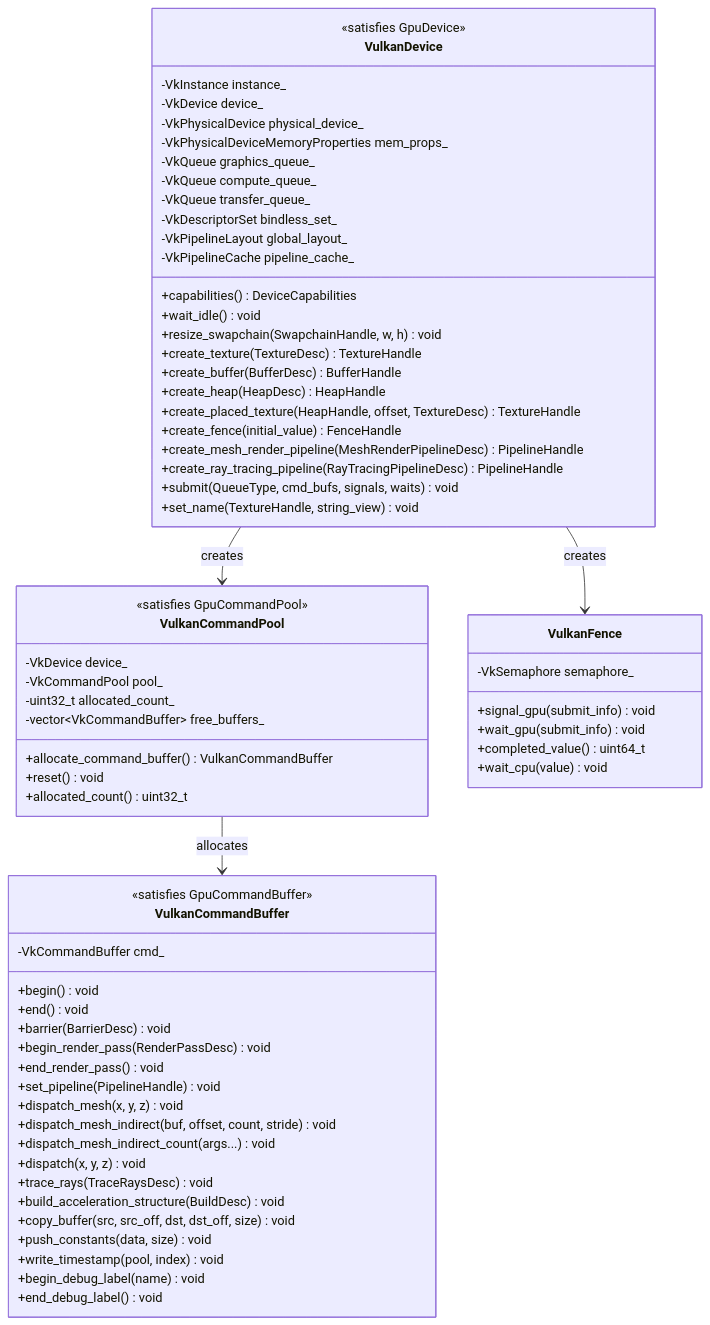
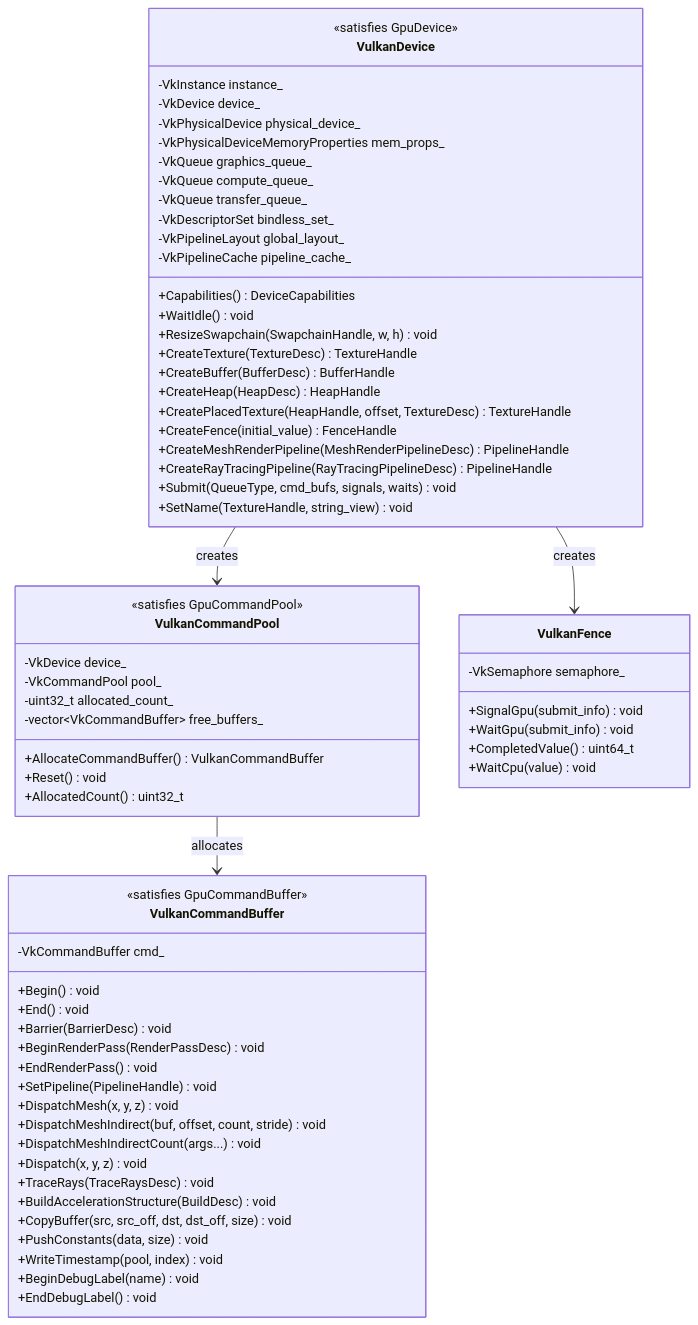
Before and after one commit to harmonius-dev/harmonius: the third of 3 diagrams in docs/design/gpu-backend-vulkan.md, drawn with Mermaid. The commit also changed other lines of this file and 67 other files, not shown here.

````diff
--- a/docs/design/gpu-backend-vulkan.md
+++ b/docs/design/gpu-backend-vulkan.md
@@ -1195,73 +1188,73 @@
 ```mermaid
 classDiagram
     class VulkanDevice {
         <<satisfies GpuDevice>>
         -VkInstance instance_
         -VkDevice device_
         -VkPhysicalDevice physical_device_
         -VkPhysicalDeviceMemoryProperties mem_props_
         -VkQueue graphics_queue_
         -VkQueue compute_queue_
         -VkQueue transfer_queue_
         -VkDescriptorSet bindless_set_
         -VkPipelineLayout global_layout_
         -VkPipelineCache pipeline_cache_
-        +capabilities() DeviceCapabilities
-        +wait_idle() void
-        +resize_swapchain(SwapchainHandle, w, h) void
-        +create_texture(TextureDesc) TextureHandle
-        +create_buffer(BufferDesc) BufferHandle
-        +create_heap(HeapDesc) HeapHandle
-        +create_placed_texture(HeapHandle, offset, TextureDesc) TextureHandle
-        +create_fence(initial_value) FenceHandle
-        +create_mesh_render_pipeline(MeshRenderPipelineDesc) PipelineHandle
-        +create_ray_tracing_pipeline(RayTracingPipelineDesc) PipelineHandle
-        +submit(QueueType, cmd_bufs, signals, waits) void
-        +set_name(TextureHandle, string_view) void
+        +Capabilities() DeviceCapabilities
+        +WaitIdle() void
+        +ResizeSwapchain(SwapchainHandle, w, h) void
+        +CreateTexture(TextureDesc) TextureHandle
+        +CreateBuffer(BufferDesc) BufferHandle
+        +CreateHeap(HeapDesc) HeapHandle
+        +CreatePlacedTexture(HeapHandle, offset, TextureDesc) TextureHandle
+        +CreateFence(initial_value) FenceHandle
+        +CreateMeshRenderPipeline(MeshRenderPipelineDesc) PipelineHandle
+        +CreateRayTracingPipeline(RayTracingPipelineDesc) PipelineHandle
+        +Submit(QueueType, cmd_bufs, signals, waits) void
+        +SetName(TextureHandle, string_view) void
     }
 
     class VulkanCommandPool {
         <<satisfies GpuCommandPool>>
         -VkDevice device_
         -VkCommandPool pool_
         -uint32_t allocated_count_
         -vector~VkCommandBuffer~ free_buffers_
-        +allocate_command_buffer() VulkanCommandBuffer
-        +reset() void
-        +allocated_count() uint32_t
+        +AllocateCommandBuffer() VulkanCommandBuffer
+        +Reset() void
+        +AllocatedCount() uint32_t
     }
 
     class VulkanCommandBuffer {
         <<satisfies GpuCommandBuffer>>
         -VkCommandBuffer cmd_
-        +begin() void
-        +end() void
-        +barrier(BarrierDesc) void
-        +begin_render_pass(RenderPassDesc) void
-        +end_render_pass() void
-        +set_pipeline(PipelineHandle) void
-        +dispatch_mesh(x, y, z) void
-        +dispatch_mesh_indirect(buf, offset, count, stride) void
-        +dispatch_mesh_indirect_count(args...) void
-        +dispatch(x, y, z) void
-        +trace_rays(TraceRaysDesc) void
-        +build_acceleration_structure(BuildDesc) void
-        +copy_buffer(src, src_off, dst, dst_off, size) void
-        +push_constants(data, size) void
-        +write_timestamp(pool, index) void
-        +begin_debug_label(name) void
-        +end_debug_label() void
+        +Begin() void
+        +End() void
+        +Barrier(BarrierDesc) void
+        +BeginRenderPass(RenderPassDesc) void
+        +EndRenderPass() void
+        +SetPipeline(PipelineHandle) void
+        +DispatchMesh(x, y, z) void
+        +DispatchMeshIndirect(buf, offset, count, stride) void
+        +DispatchMeshIndirectCount(args...) void
+        +Dispatch(x, y, z) void
+        +TraceRays(TraceRaysDesc) void
+        +BuildAccelerationStructure(BuildDesc) void
+        +CopyBuffer(src, src_off, dst, dst_off, size) void
+        +PushConstants(data, size) void
+        +WriteTimestamp(pool, index) void
+        +BeginDebugLabel(name) void
+        +EndDebugLabel() void
     }
 
     class VulkanFence {
         -VkSemaphore semaphore_
-        +signal_gpu(submit_info) void
-        +wait_gpu(submit_info) void
-        +completed_value() uint64_t
-        +wait_cpu(value) void
+        +SignalGpu(submit_info) void
+        +WaitGpu(submit_info) void
+        +CompletedValue() uint64_t
+        +WaitCpu(value) void
     }
 
     VulkanDevice --> VulkanCommandPool : creates
     VulkanCommandPool --> VulkanCommandBuffer : allocates
     VulkanDevice --> VulkanFence : creates
 ```
````
